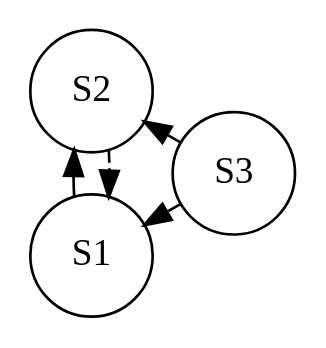
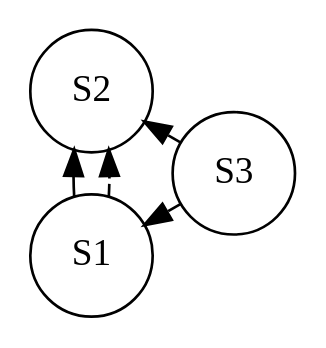
One commit to wangpeipei90/RegexSmells changed the diagram in paper/graphs/s.dot. Above: the diagram before and after it, drawn with Graphviz. The commit also changed 4 other files, not shown here.

Commit message:
added new graph files

```diff
--- a/paper/graphs/s.dot
+++ b/paper/graphs/s.dot
@@ -1,13 +1,13 @@
 digraph finite_state_machine {
 layout="circo";
 graph [nodesep=“4”]
 node [shape = circle];
 overlap=false;
 
 S1 -> S2 [label=""]
 S3 -> S2 [label=""]
 S3 -> S1 [label=""]
 
 
-S2 -> S1 [label="", style=dashed]
+S1 -> S2 [label="", style=dashed]
 }
```
